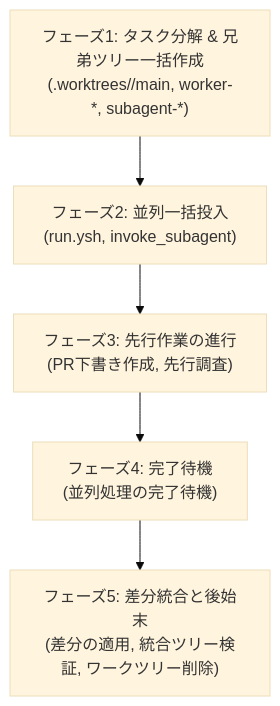
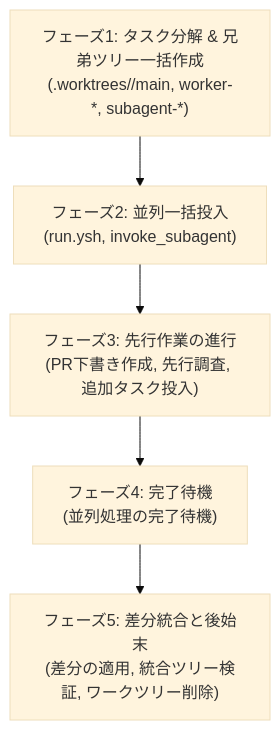
Before and after one commit to t3u-tsu/nix-config: the diagram in .agents/skills/orchestration/SKILL.md, drawn with Mermaid (base theme). The commit also changed other lines of this file and 1 other file, not shown here.

````diff
--- a/.agents/skills/orchestration/SKILL.md
+++ b/.agents/skills/orchestration/SKILL.md
@@ -77,13 +78,13 @@
 ```mermaid
 flowchart TD
   Phase1["フェーズ1: タスク分解 & 兄弟ツリー一括作成<br>(.worktrees/<topic>/main, worker-*, subagent-*)"]
   Phase2["フェーズ2: 並列一括投入<br>(run.ysh, invoke_subagent)"]
-  Phase3["フェーズ3: 先行作業の進行<br>(PR下書き作成, 先行調査)"]
+  Phase3["フェーズ3: 先行作業の進行<br>(PR下書き作成, 先行調査, 追加タスク投入)"]
   Phase4["フェーズ4: 完了待機<br>(並列処理の完了待機)"]
   Phase5["フェーズ5: 差分統合と後始末<br>(差分の適用, 統合ツリー検証, ワークツリー削除)"]
 
   Phase1 --> Phase2
   Phase2 --> Phase3
   Phase3 --> Phase4
   Phase4 --> Phase5
 ```
````
